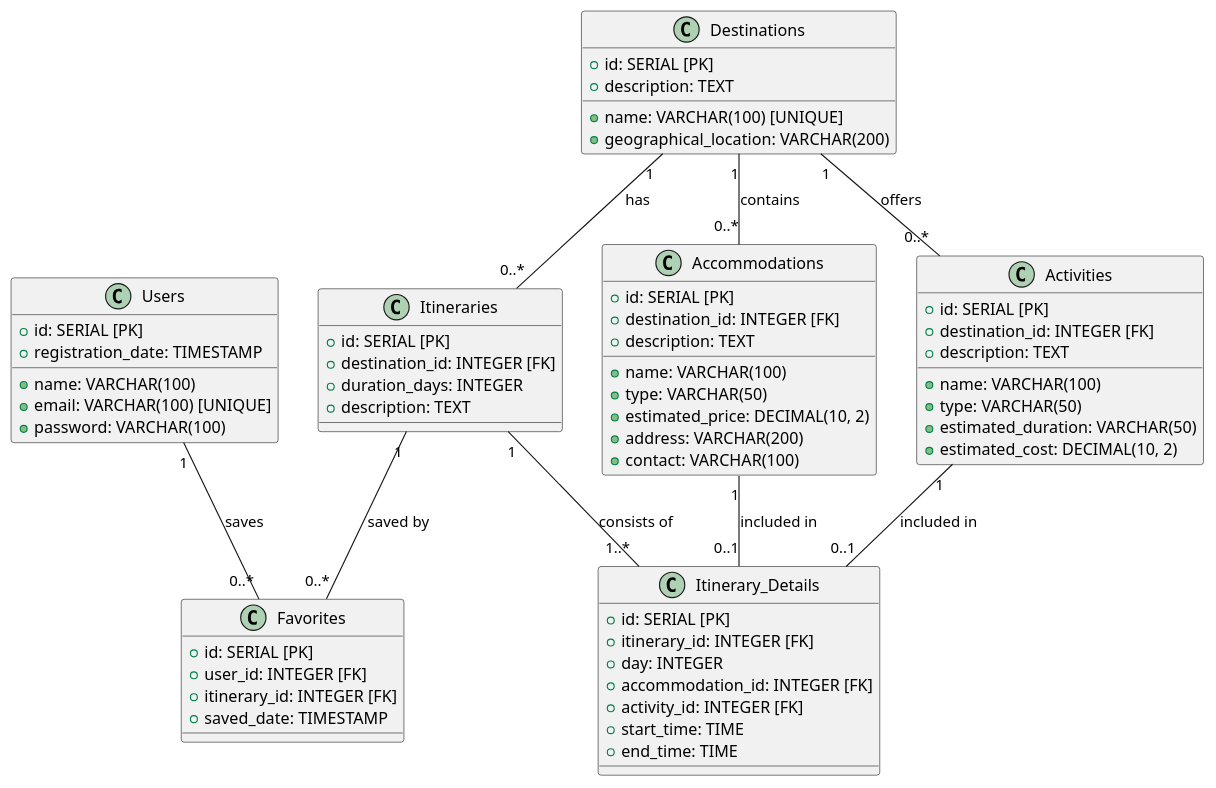
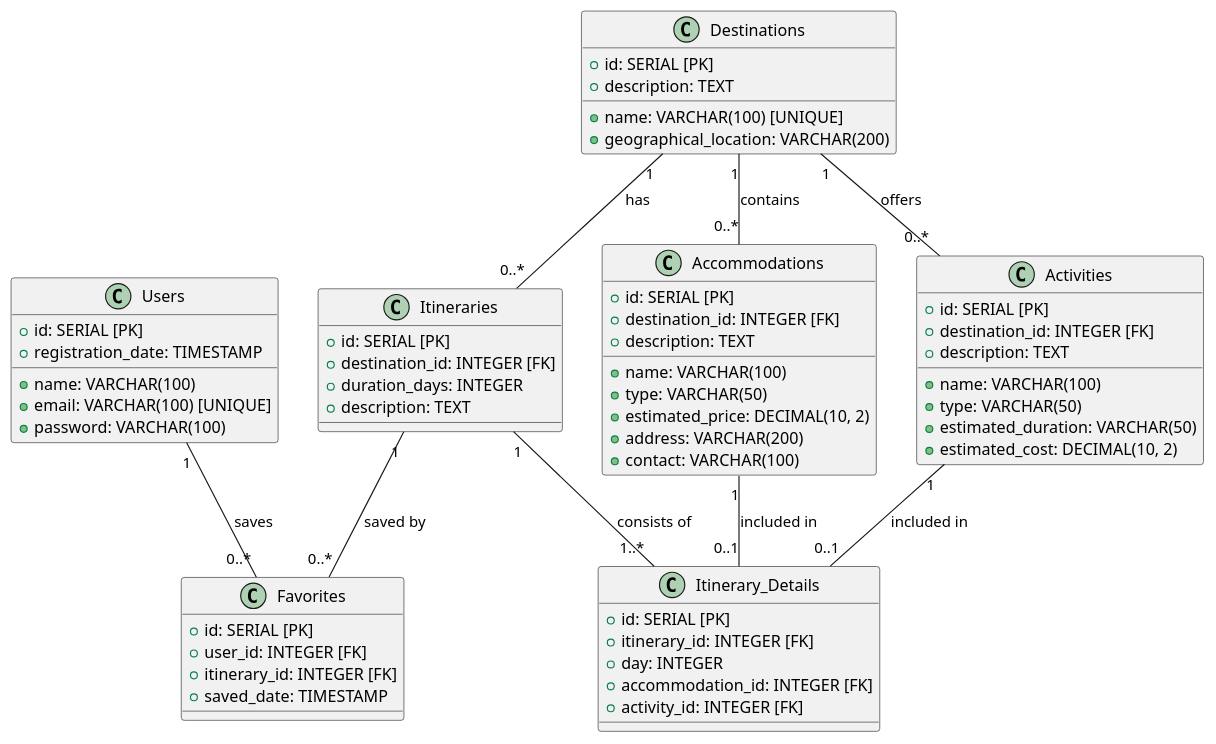
Before and after one commit to Fire-Fairy84/trip_planner_back: the diagram in diagram.puml, drawn with PlantUML. The commit also changed 32 other files, not shown here.

```diff
--- a/diagram.puml
+++ b/diagram.puml
@@ -1,76 +1,74 @@
-@startuml
+   @startuml
 
 ' Definition of the entities
 
 class Users {
     +id: SERIAL [PK]
     +name: VARCHAR(100)
     +email: VARCHAR(100) [UNIQUE]
     +password: VARCHAR(100)
     +registration_date: TIMESTAMP
 }
 
 class Destinations {
     +id: SERIAL [PK]
     +name: VARCHAR(100) [UNIQUE]
     +description: TEXT
     +geographical_location: VARCHAR(200)
 }
 
 class Accommodations {
     +id: SERIAL [PK]
     +destination_id: INTEGER [FK]
     +name: VARCHAR(100)
     +type: VARCHAR(50)
     +estimated_price: DECIMAL(10, 2)
     +address: VARCHAR(200)
     +contact: VARCHAR(100)
     +description: TEXT
 }
 
 class Activities {
     +id: SERIAL [PK]
     +destination_id: INTEGER [FK]
     +name: VARCHAR(100)
     +description: TEXT
     +type: VARCHAR(50)
     +estimated_duration: VARCHAR(50)
     +estimated_cost: DECIMAL(10, 2)
 }
 
 class Itineraries {
     +id: SERIAL [PK]
     +destination_id: INTEGER [FK]
     +duration_days: INTEGER
     +description: TEXT
 }
 
 class Itinerary_Details {
     +id: SERIAL [PK]
     +itinerary_id: INTEGER [FK]
     +day: INTEGER
     +accommodation_id: INTEGER [FK]
     +activity_id: INTEGER [FK]
-    +start_time: TIME
-    +end_time: TIME
 }
 
 class Favorites {
     +id: SERIAL [PK]
     +user_id: INTEGER [FK]
     +itinerary_id: INTEGER [FK]
     +saved_date: TIMESTAMP
 }
 
 ' Relationships with cardinality
 
 Users "1" -- "0..*" Favorites : saves
 Destinations "1" -- "0..*" Accommodations : contains
 Destinations "1" -- "0..*" Activities : offers
 Destinations "1" -- "0..*" Itineraries : has
 Itineraries "1" -- "1..*" Itinerary_Details : consists of
 Accommodations "1" -- "0..1" Itinerary_Details : included in
 Activities "1" -- "0..1" Itinerary_Details : included in
 Itineraries "1" -- "0..*" Favorites : saved by
 
 @enduml
```
